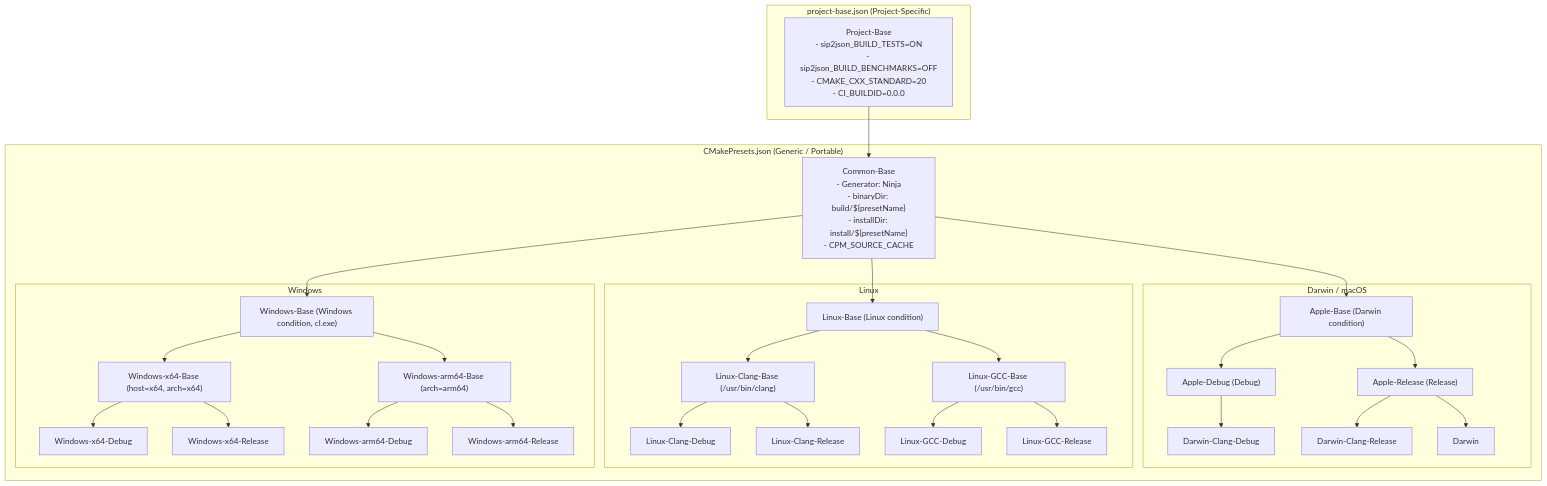
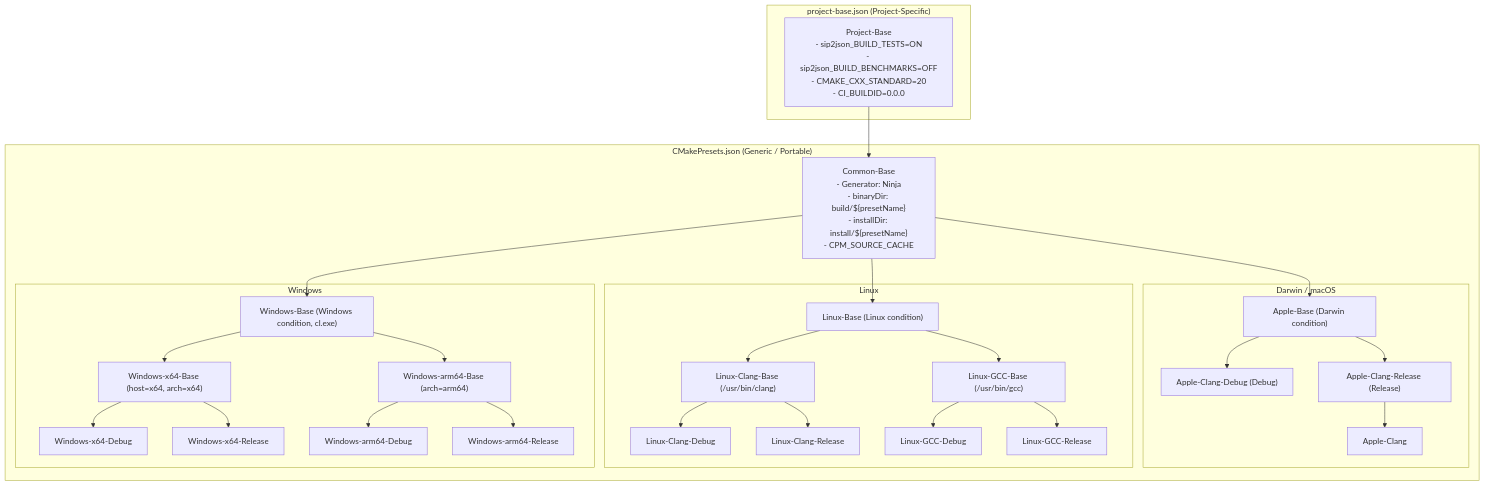
Before and after one commit to SiddiqSoft/sip2json: the diagram in docs/maintainers/cmake_presets.md, drawn with Mermaid. The commit also changed other lines of this file and 11 other files, not shown here.

Commit message:
build(presets): consolidate Darwin/Apple presets to Apple-Clang-Debug/Release and map in CI pipeline

````diff
--- a/docs/maintainers/cmake_presets.md
+++ b/docs/maintainers/cmake_presets.md
@@ -11,56 +11,53 @@
 ```mermaid
 flowchart TD
     subgraph PB["project-base.json (Project-Specific)"]
         PBase["Project-Base<br/>- sip2json_BUILD_TESTS=ON<br/>- sip2json_BUILD_BENCHMARKS=OFF<br/>- CMAKE_CXX_STANDARD=20<br/>- CI_BUILDID=0.0.0"]
     end
 
     subgraph CP["CMakePresets.json (Generic / Portable)"]
         CBase["Common-Base<br/>- Generator: Ninja<br/>- binaryDir: build/${presetName}<br/>- installDir: install/${presetName}<br/>- CPM_SOURCE_CACHE"]
 
         subgraph Darwin["Darwin / macOS"]
             ABase["Apple-Base (Darwin condition)"]
-            ADebug["Apple-Debug (Debug)"]
-            ARelease["Apple-Release (Release)"]
-            DCDebug["Darwin-Clang-Debug"]
-            DCRelease["Darwin-Clang-Release"]
-            DDefault["Darwin"]
+            ACDebug["Apple-Clang-Debug (Debug)"]
+            ACRelease["Apple-Clang-Release (Release)"]
+            ACDefault["Apple-Clang"]
         end
 
         subgraph Linux["Linux"]
             LBase["Linux-Base (Linux condition)"]
             LClangBase["Linux-Clang-Base (/usr/bin/clang)"]
             LGCCBase["Linux-GCC-Base (/usr/bin/gcc)"]
             LCDebug["Linux-Clang-Debug"]
             LCRelease["Linux-Clang-Release"]
             LGDebug["Linux-GCC-Debug"]
             LGRelease["Linux-GCC-Release"]
         end
 
         subgraph Windows["Windows"]
             WBase["Windows-Base (Windows condition, cl.exe)"]
             Wx64Base["Windows-x64-Base (host=x64, arch=x64)"]
             WarmBase["Windows-arm64-Base (arch=arm64)"]
             Wx64Debug["Windows-x64-Debug"]
             Wx64Release["Windows-x64-Release"]
             WarmDebug["Windows-arm64-Debug"]
             WarmRelease["Windows-arm64-Release"]
         end
     end
 
     PBase --> CBase
     CBase --> ABase
     CBase --> LBase
     CBase --> WBase
 
-    ABase --> ADebug & ARelease
-    ADebug --> DCDebug
-    ARelease --> DCRelease & DDefault
+    ABase --> ACDebug & ACRelease
+    ACRelease --> ACDefault
 
     LBase --> LClangBase & LGCCBase
     LClangBase --> LCDebug & LCRelease
     LGCCBase --> LGDebug & LGRelease
 
     WBase --> Wx64Base & WarmBase
     Wx64Base --> Wx64Debug & Wx64Release
     WarmBase --> WarmDebug & WarmRelease
 ```
````
